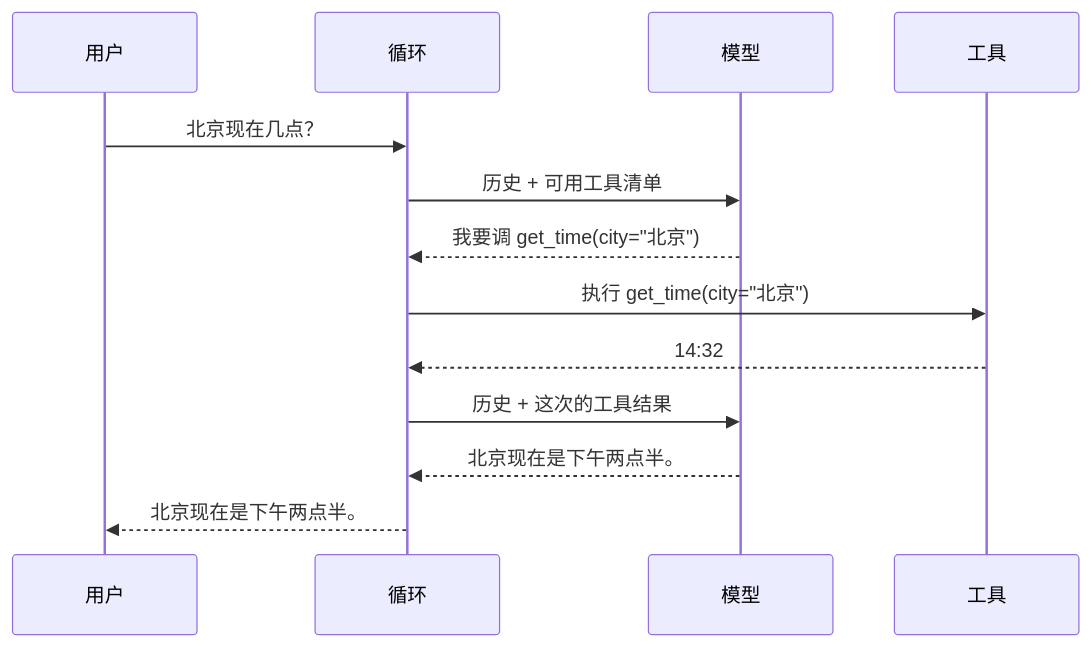
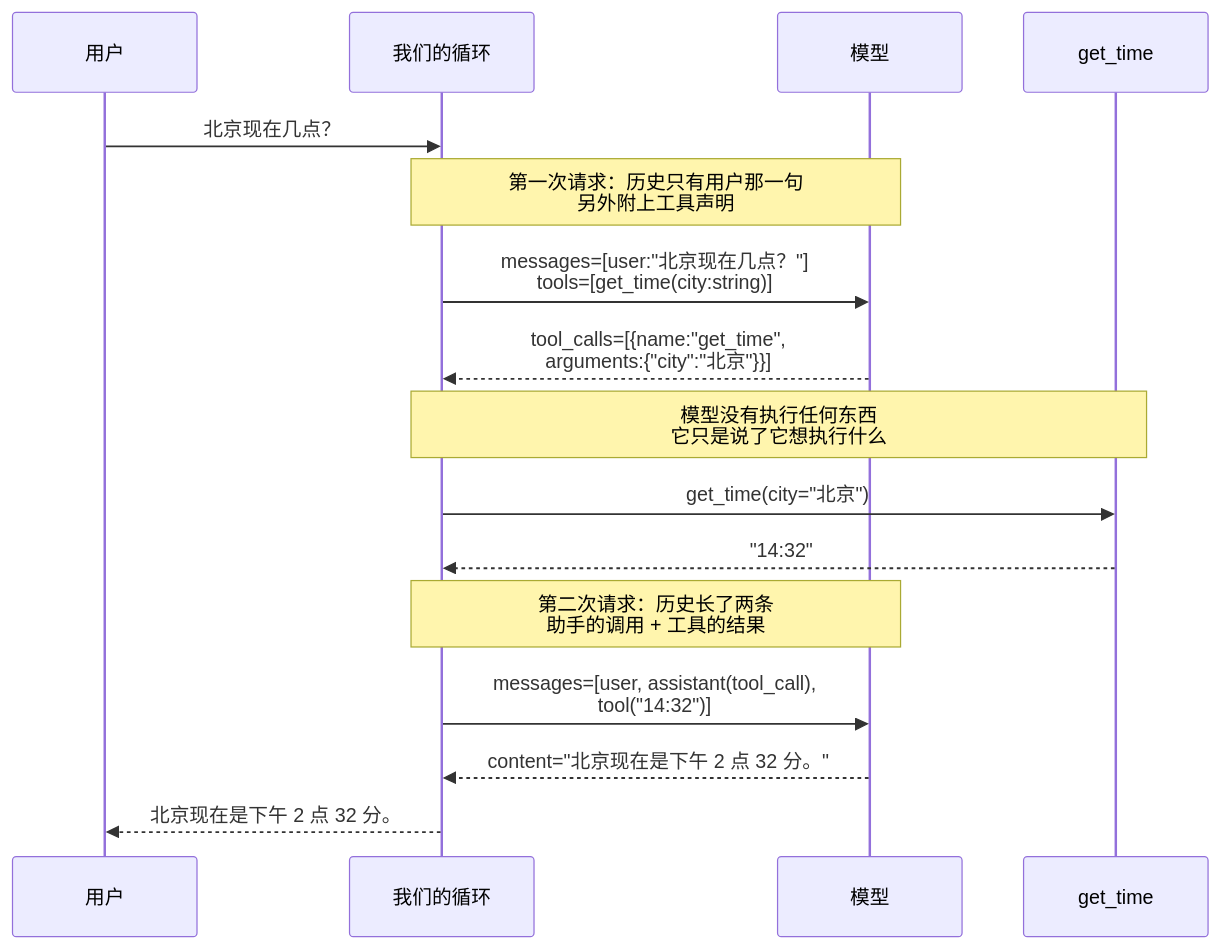
The third of 4 diagrams in courses/agent-from-scratch-python/chapters/zh/part1/1.md (netbuddy/DeepTutor), drawn with Mermaid before and after one commit. The commit also changed other lines of this file, not shown here.

````diff
--- a/courses/agent-from-scratch-python/chapters/zh/part1/1.md
+++ b/courses/agent-from-scratch-python/chapters/zh/part1/1.md
@@ -139,15 +214,18 @@
 ```mermaid
 sequenceDiagram
     participant U as 用户
-    participant L as 循环
+    participant L as 我们的循环
     participant M as 模型
-    participant T as 工具
+    participant T as get_time
     U->>L: 北京现在几点？
-    L->>M: 历史 + 可用工具清单
-    M-->>L: 我要调 get_time(city="北京")
-    L->>T: 执行 get_time(city="北京")
-    T-->>L: 14:32
-    L->>M: 历史 + 这次的工具结果
-    M-->>L: 北京现在是下午两点半。
-    L-->>U: 北京现在是下午两点半。
+    Note over L,M: 第一次请求：历史只有用户那一句<br/>另外附上工具声明
+    L->>M: messages=[user:"北京现在几点？"]<br/>tools=[get_time(city:string)]
+    M-->>L: tool_calls=[{name:"get_time",<br/>arguments:{"city":"北京"}}]
+    Note over L,T: 模型没有执行任何东西<br/>它只是说了它想执行什么
+    L->>T: get_time(city="北京")
+    T-->>L: "14:32"
+    Note over L,M: 第二次请求：历史长了两条<br/>助手的调用 + 工具的结果
+    L->>M: messages=[user, assistant(tool_call),<br/>tool("14:32")]
+    M-->>L: content="北京现在是下午 2 点 32 分。"
+    L-->>U: 北京现在是下午 2 点 32 分。
 ```
````
